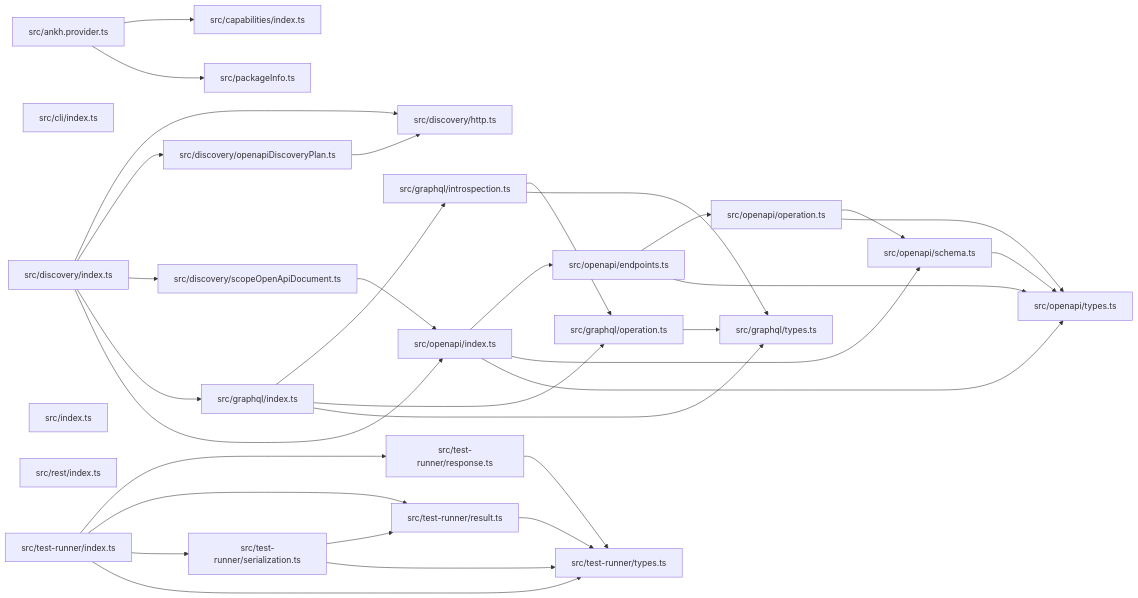
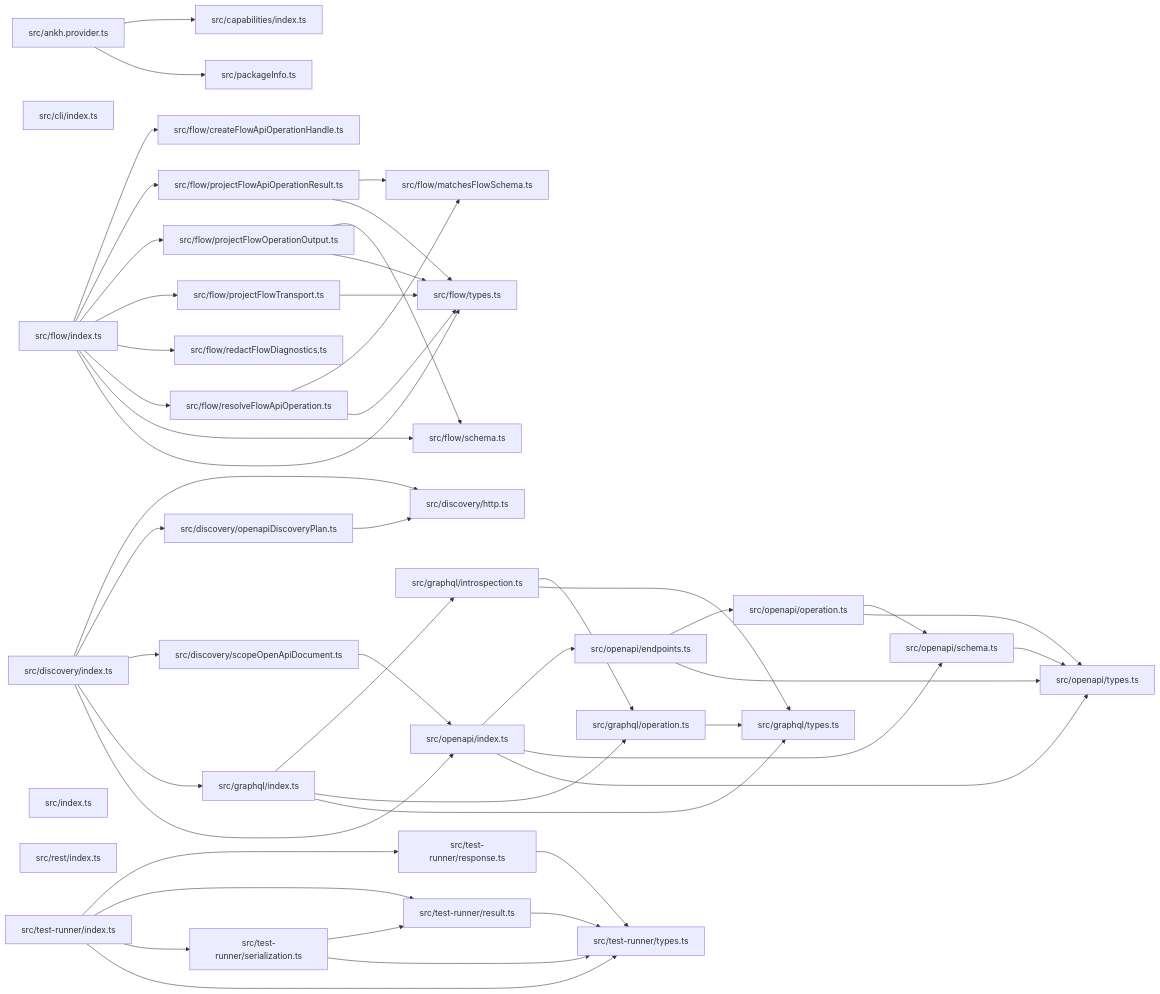
Before and after one commit to ankhorage/data-sources: the diagram in paradox/diagrams/module-relationships.mmd, drawn with Mermaid. The commit also changed 19 other files, not shown here.

```diff
--- a/paradox/diagrams/module-relationships.mmd
+++ b/paradox/diagrams/module-relationships.mmd
@@ -1,56 +1,81 @@
 graph LR
   module_src_ankh_provider_ts["src/ankh.provider.ts"]
   module_src_capabilities_index_ts["src/capabilities/index.ts"]
   module_src_cli_index_ts["src/cli/index.ts"]
   module_src_discovery_http_ts["src/discovery/http.ts"]
   module_src_discovery_index_ts["src/discovery/index.ts"]
   module_src_discovery_openapiDiscoveryPlan_ts["src/discovery/openapiDiscoveryPlan.ts"]
   module_src_discovery_scopeOpenApiDocument_ts["src/discovery/scopeOpenApiDocument.ts"]
+  module_src_flow_createFlowApiOperationHandle_ts["src/flow/createFlowApiOperationHandle.ts"]
+  module_src_flow_index_ts["src/flow/index.ts"]
+  module_src_flow_matchesFlowSchema_ts["src/flow/matchesFlowSchema.ts"]
+  module_src_flow_projectFlowApiOperationResult_ts["src/flow/projectFlowApiOperationResult.ts"]
+  module_src_flow_projectFlowOperationOutput_ts["src/flow/projectFlowOperationOutput.ts"]
+  module_src_flow_projectFlowTransport_ts["src/flow/projectFlowTransport.ts"]
+  module_src_flow_redactFlowDiagnostics_ts["src/flow/redactFlowDiagnostics.ts"]
+  module_src_flow_resolveFlowApiOperation_ts["src/flow/resolveFlowApiOperation.ts"]
+  module_src_flow_schema_ts["src/flow/schema.ts"]
+  module_src_flow_types_ts["src/flow/types.ts"]
   module_src_graphql_index_ts["src/graphql/index.ts"]
   module_src_graphql_introspection_ts["src/graphql/introspection.ts"]
   module_src_graphql_operation_ts["src/graphql/operation.ts"]
   module_src_graphql_types_ts["src/graphql/types.ts"]
   module_src_index_ts["src/index.ts"]
   module_src_openapi_endpoints_ts["src/openapi/endpoints.ts"]
   module_src_openapi_index_ts["src/openapi/index.ts"]
   module_src_openapi_operation_ts["src/openapi/operation.ts"]
   module_src_openapi_schema_ts["src/openapi/schema.ts"]
   module_src_openapi_types_ts["src/openapi/types.ts"]
   module_src_packageInfo_ts["src/packageInfo.ts"]
   module_src_rest_index_ts["src/rest/index.ts"]
   module_src_test_runner_index_ts["src/test-runner/index.ts"]
   module_src_test_runner_response_ts["src/test-runner/response.ts"]
   module_src_test_runner_result_ts["src/test-runner/result.ts"]
   module_src_test_runner_serialization_ts["src/test-runner/serialization.ts"]
   module_src_test_runner_types_ts["src/test-runner/types.ts"]
   module_src_ankh_provider_ts --> module_src_capabilities_index_ts
   module_src_ankh_provider_ts --> module_src_packageInfo_ts
   module_src_discovery_index_ts --> module_src_discovery_http_ts
   module_src_discovery_index_ts --> module_src_discovery_openapiDiscoveryPlan_ts
   module_src_discovery_index_ts --> module_src_discovery_scopeOpenApiDocument_ts
   module_src_discovery_index_ts --> module_src_graphql_index_ts
   module_src_discovery_index_ts --> module_src_openapi_index_ts
   module_src_discovery_openapiDiscoveryPlan_ts --> module_src_discovery_http_ts
   module_src_discovery_scopeOpenApiDocument_ts --> module_src_openapi_index_ts
+  module_src_flow_index_ts --> module_src_flow_createFlowApiOperationHandle_ts
+  module_src_flow_index_ts --> module_src_flow_projectFlowApiOperationResult_ts
+  module_src_flow_index_ts --> module_src_flow_projectFlowOperationOutput_ts
+  module_src_flow_index_ts --> module_src_flow_projectFlowTransport_ts
+  module_src_flow_index_ts --> module_src_flow_redactFlowDiagnostics_ts
+  module_src_flow_index_ts --> module_src_flow_resolveFlowApiOperation_ts
+  module_src_flow_index_ts --> module_src_flow_schema_ts
+  module_src_flow_index_ts --> module_src_flow_types_ts
+  module_src_flow_projectFlowApiOperationResult_ts --> module_src_flow_matchesFlowSchema_ts
+  module_src_flow_projectFlowApiOperationResult_ts --> module_src_flow_types_ts
+  module_src_flow_projectFlowOperationOutput_ts --> module_src_flow_schema_ts
+  module_src_flow_projectFlowOperationOutput_ts --> module_src_flow_types_ts
+  module_src_flow_projectFlowTransport_ts --> module_src_flow_types_ts
+  module_src_flow_resolveFlowApiOperation_ts --> module_src_flow_matchesFlowSchema_ts
+  module_src_flow_resolveFlowApiOperation_ts --> module_src_flow_types_ts
   module_src_graphql_index_ts --> module_src_graphql_introspection_ts
   module_src_graphql_index_ts --> module_src_graphql_operation_ts
   module_src_graphql_index_ts --> module_src_graphql_types_ts
   module_src_graphql_introspection_ts --> module_src_graphql_operation_ts
   module_src_graphql_introspection_ts --> module_src_graphql_types_ts
   module_src_graphql_operation_ts --> module_src_graphql_types_ts
   module_src_openapi_endpoints_ts --> module_src_openapi_operation_ts
   module_src_openapi_endpoints_ts --> module_src_openapi_types_ts
   module_src_openapi_index_ts --> module_src_openapi_endpoints_ts
   module_src_openapi_index_ts --> module_src_openapi_schema_ts
   module_src_openapi_index_ts --> module_src_openapi_types_ts
   module_src_openapi_operation_ts --> module_src_openapi_schema_ts
   module_src_openapi_operation_ts --> module_src_openapi_types_ts
   module_src_openapi_schema_ts --> module_src_openapi_types_ts
   module_src_test_runner_index_ts --> module_src_test_runner_response_ts
   module_src_test_runner_index_ts --> module_src_test_runner_result_ts
   module_src_test_runner_index_ts --> module_src_test_runner_serialization_ts
   module_src_test_runner_index_ts --> module_src_test_runner_types_ts
   module_src_test_runner_response_ts --> module_src_test_runner_types_ts
   module_src_test_runner_result_ts --> module_src_test_runner_types_ts
   module_src_test_runner_serialization_ts --> module_src_test_runner_result_ts
   module_src_test_runner_serialization_ts --> module_src_test_runner_types_ts
```
